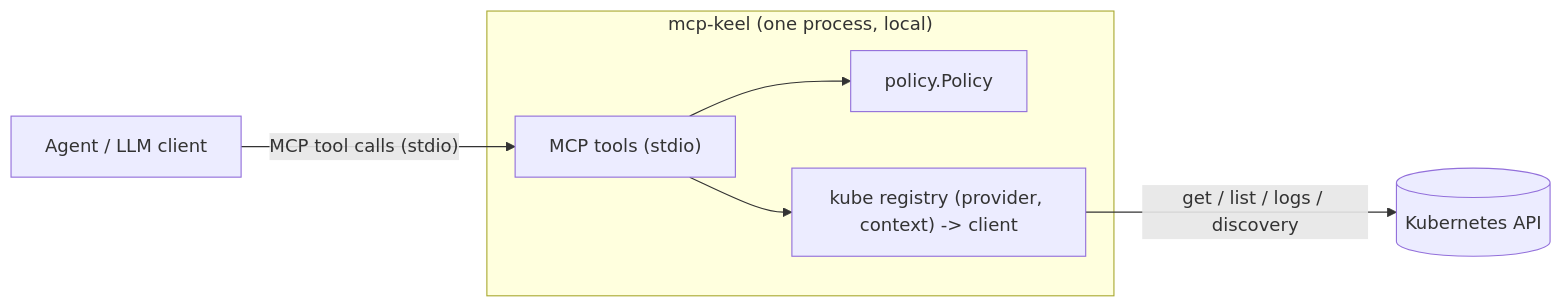
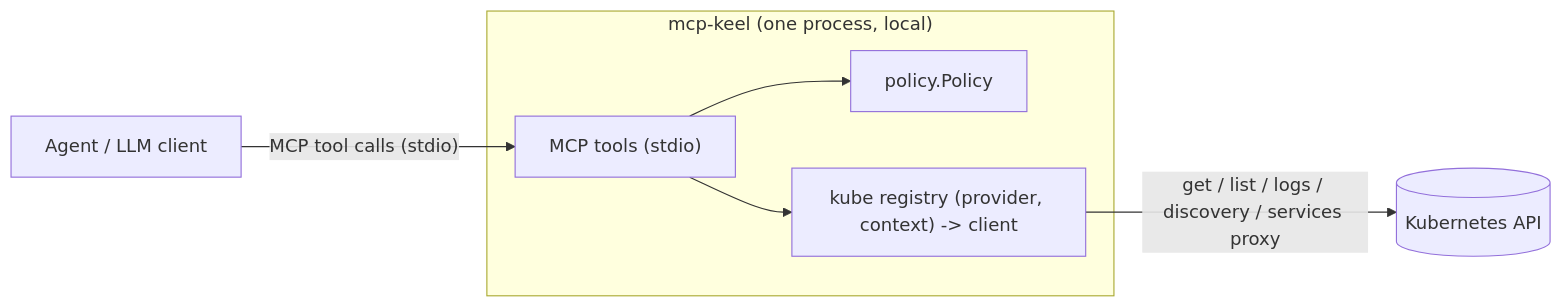
The first of 2 diagrams in ai/architecture.md (haininghu/mcp-keel), drawn with Mermaid before and after one commit. The commit also changed other lines of this file and 10 other files, not shown here.

````diff
--- a/ai/architecture.md
+++ b/ai/architecture.md
@@ -32,14 +32,14 @@
 ```mermaid
 flowchart LR
   Agent["Agent / LLM client"]
   subgraph Proc["mcp-keel (one process, local)"]
     Tools["MCP tools (stdio)"]
     Engine["policy.Policy"]
     Kube["kube registry (provider, context) -> client"]
   end
   API[("Kubernetes API")]
   Agent -- "MCP tool calls (stdio)" --> Tools
   Tools --> Engine
   Tools --> Kube
-  Kube -- "get / list / logs / discovery" --> API
+  Kube -- "get / list / logs / discovery / services proxy" --> API
 ```
````
